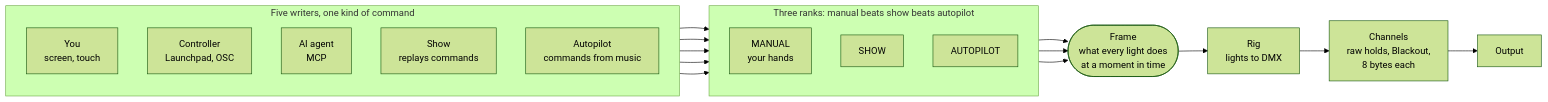
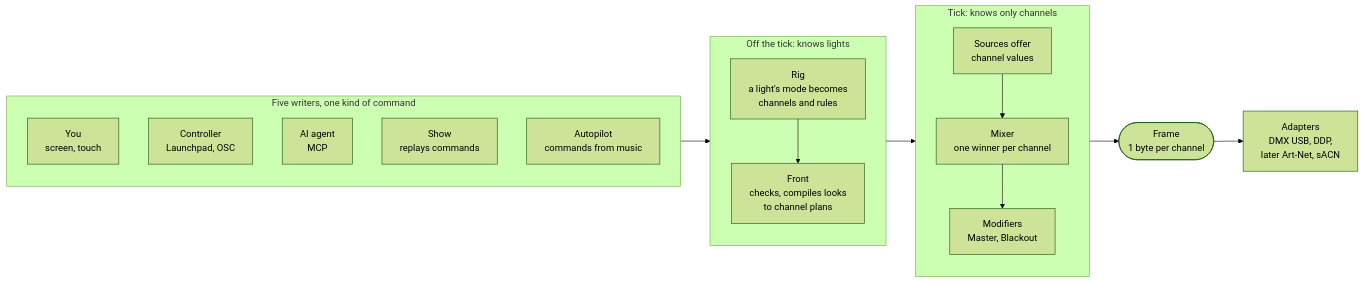
One commit to abossard/bossylights changed the first of 17 diagrams in docs/design/theory.md. Above: the diagram before and after it, drawn with Mermaid (forest theme). The commit also changed other lines of this file and 17 other files, not shown here.

First line of the commit message:
Theory on channels (#147): one current theory, idea 2 is Channels, not lights

````diff
--- a/docs/design/theory.md
+++ b/docs/design/theory.md
@@ -9,33 +16,30 @@
 ```mermaid
 flowchart LR
   subgraph W["Five writers, one kind of command"]
     direction TB
     YOU["You<br/>screen, touch"]
     PAD["Controller<br/>Launchpad, OSC"]
     AGENT["AI agent<br/>MCP"]
     SHOWP["Show<br/>replays commands"]
     AUTOP["Autopilot<br/>commands from music"]
   end
 
-  subgraph L["Three ranks: manual beats show beats autopilot"]
+  subgraph OFF["Off the tick: knows lights"]
     direction TB
-    LIVE["MANUAL<br/>your hands"]
-    SHOW["SHOW"]
-    AUTO["AUTOPILOT"]
+    RIG["Rig<br/>a light's mode becomes<br/>channels and rules"]
+    FRONT["Front<br/>checks, compiles looks<br/>to channel plans"]
   end
 
-  FRAME(["Frame<br/>what every light does<br/>at a moment in time"])
-  RIG["Rig<br/>lights to DMX"]
-  CH["Channels<br/>raw holds, Blackout,<br/>8 bytes each"]
-  OUT["Output"]
+  subgraph TICK["Tick: knows only channels"]
+    direction TB
+    SRC["Sources offer<br/>channel values"] --> MIX["Mixer<br/>one winner per channel"] --> MOD["Modifiers<br/>Master, Blackout"]
+  end
 
-  YOU --> LIVE
-  PAD --> LIVE
-  AGENT --> LIVE
-  SHOWP --> SHOW
-  AUTOP --> AUTO
-  LIVE --> FRAME
-  SHOW --> FRAME
-  AUTO --> FRAME
-  FRAME --> RIG --> CH --> OUT
+  FR(["Frame<br/>1 byte per channel"])
+  AD["Adapters<br/>DMX USB, DDP,<br/>later Art-Net, sACN"]
+
+  W --> FRONT
+  RIG --> FRONT
+  FRONT --> SRC
+  MOD --> FR --> AD
 ```
````
